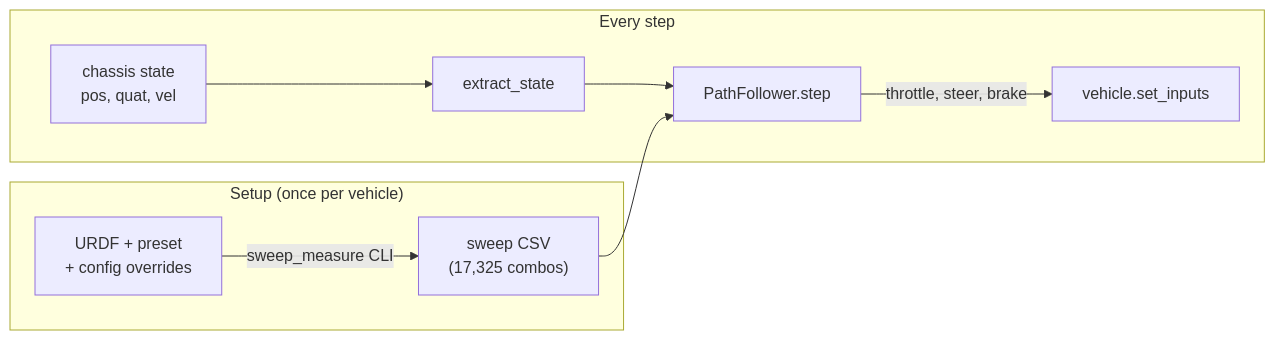
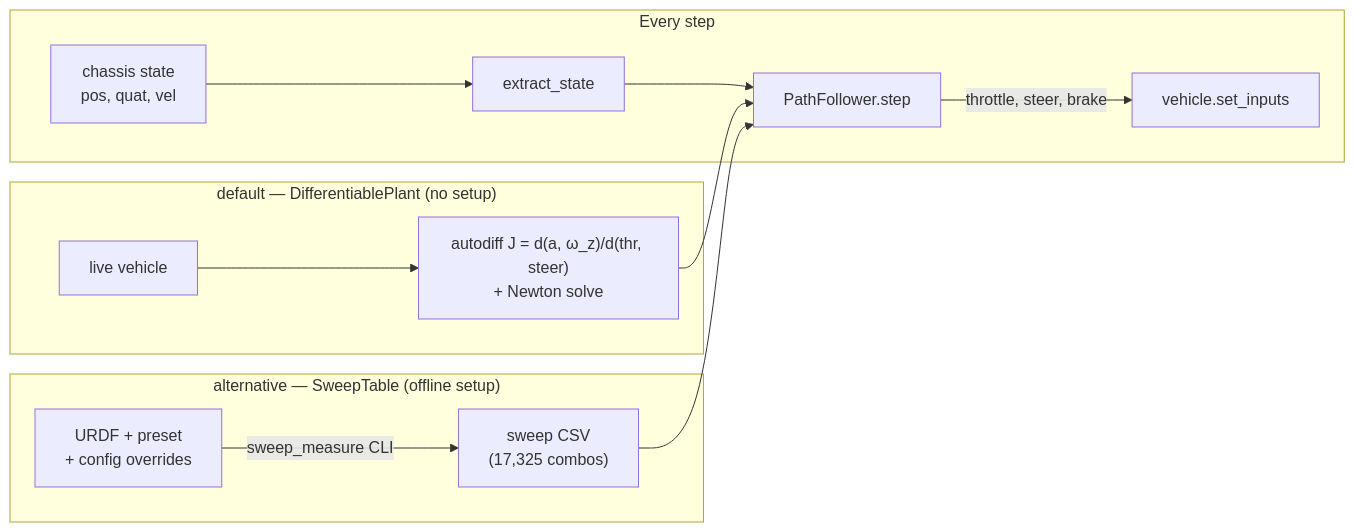
The first of 3 diagrams in docs/path-following.md (korfriend/GenesisVehicle), drawn with Mermaid before and after one commit. The commit also changed other lines of this file and 16 other files, not shown here.

````diff
--- a/docs/path-following.md
+++ b/docs/path-following.md
@@ -18,12 +40,16 @@
 ```mermaid
 flowchart LR
-    subgraph setup ["Setup (once per vehicle)"]
+    subgraph jac ["default — DifferentiablePlant (no setup)"]
+        VEHJ["live vehicle"] --> JP["autodiff J = d(a, ω_z)/d(thr, steer)<br/>+ Newton solve"]
+    end
+    subgraph sw ["alternative — SweepTable (offline setup)"]
         U["URDF + preset<br/>+ config overrides"] -->|sweep_measure CLI| CSV["sweep CSV<br/>(17,325 combos)"]
     end
     subgraph game ["Every step"]
         ST["chassis state<br/>pos, quat, vel"] --> EX["extract_state"]
         EX --> PF["PathFollower.step"]
+        JP --> PF
         CSV --> PF
         PF -->|"throttle, steer, brake"| VEH["vehicle.set_inputs"]
     end
 ```
````
